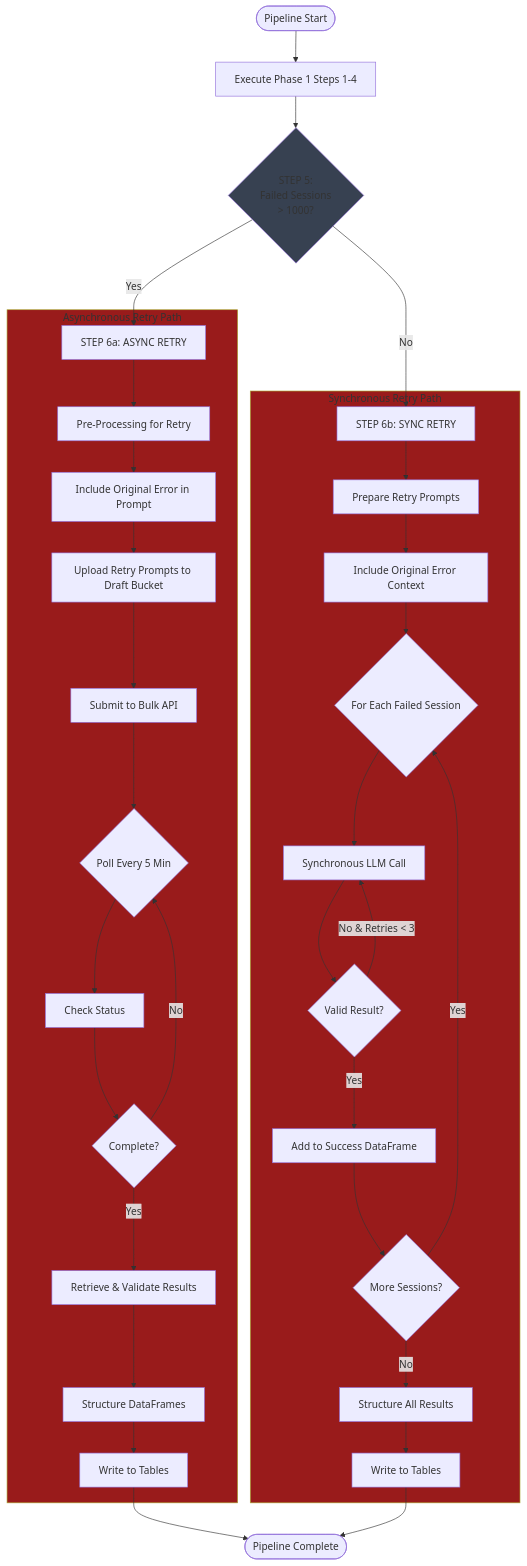
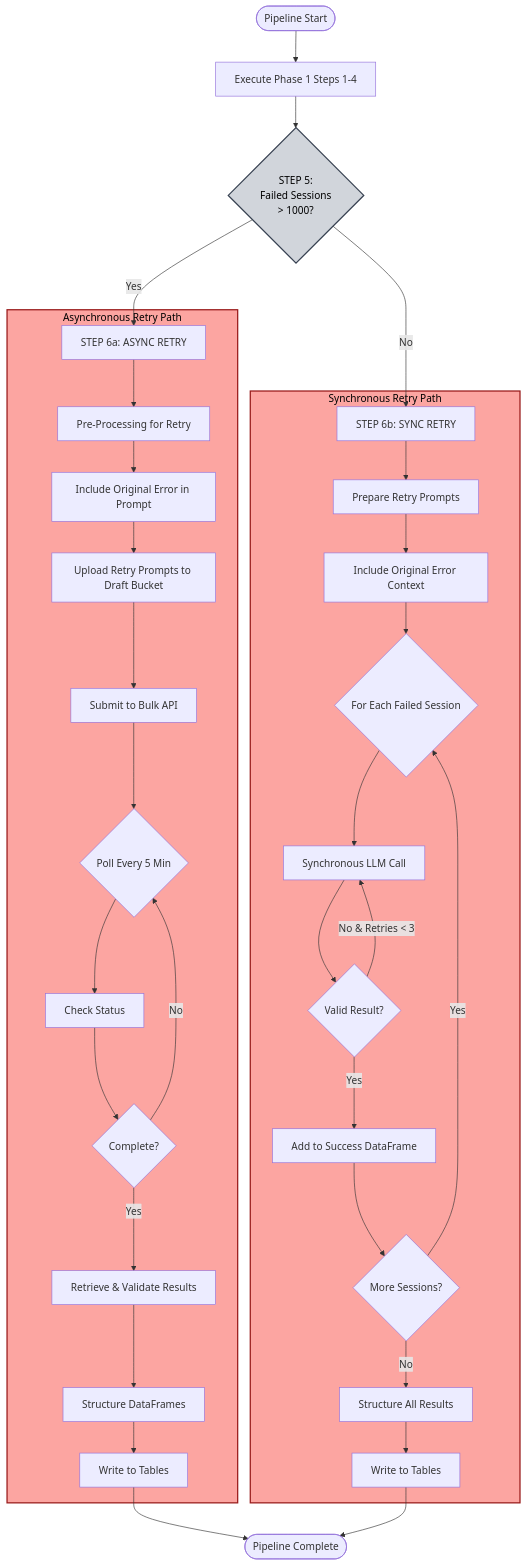
Before and after one commit to arupsarkar-sfdc/Misc: the second of 4 diagrams in agentforce/observability/README_Agentforce_Observability_Pipeline_Implementation.md, drawn with Mermaid. The commit also changed other lines of this file and 2 other files, not shown here.

````diff
--- a/agentforce/observability/README_Agentforce_Observability_Pipeline_Implementation.md
+++ b/agentforce/observability/README_Agentforce_Observability_Pipeline_Implementation.md
@@ -188,44 +188,44 @@
 ```mermaid
 graph TD
     START([Pipeline Start]) --> PHASE1[Execute Phase 1 Steps 1-4]
     
     PHASE1 --> CHECK{STEP 5:<br/>Failed Sessions<br/>> 1000?}
     
     CHECK -->|Yes| ASYNC[STEP 6a: ASYNC RETRY]
     CHECK -->|No| SYNC[STEP 6b: SYNC RETRY]
     
     subgraph AsyncRetry["Asynchronous Retry Path"]
         ASYNC --> A1[Pre-Processing for Retry]
         A1 --> A2[Include Original Error in Prompt]
         A2 --> A3[Upload Retry Prompts to Draft Bucket]
         A3 --> A4[Submit to Bulk API]
         A4 --> A5{Poll Every 5 Min}
         A5 --> A6[Check Status]
         A6 --> A7{Complete?}
         A7 -->|No| A5
         A7 -->|Yes| A8[Retrieve & Validate Results]
         A8 --> A9[Structure DataFrames]
         A9 --> A10[Write to Tables]
     end
     
     subgraph SyncRetry["Synchronous Retry Path"]
         SYNC --> S1[Prepare Retry Prompts]
         S1 --> S2[Include Original Error Context]
         S2 --> S3{For Each Failed Session}
         S3 --> S4[Synchronous LLM Call]
         S4 --> S5{Valid Result?}
         S5 -->|No & Retries < 3| S4
         S5 -->|Yes| S6[Add to Success DataFrame]
         S6 --> S7{More Sessions?}
         S7 -->|Yes| S3
         S7 -->|No| S8[Structure All Results]
         S8 --> S9[Write to Tables]
     end
     
     A10 --> ENDP2([Pipeline Complete])
     S9 --> ENDP2
     
-    style CHECK fill:#374151
-    style AsyncRetry fill:#991b1b
-    style SyncRetry fill:#991b1b
+    style CHECK fill:#d1d5db,stroke:#374151,stroke-width:2px,color:#000
+    style AsyncRetry fill:#fca5a1,stroke:#991b1b,stroke-width:2px,color:#000
+    style SyncRetry fill:#fca5a1,stroke:#991b1b,stroke-width:2px,color:#000
 ```
````
